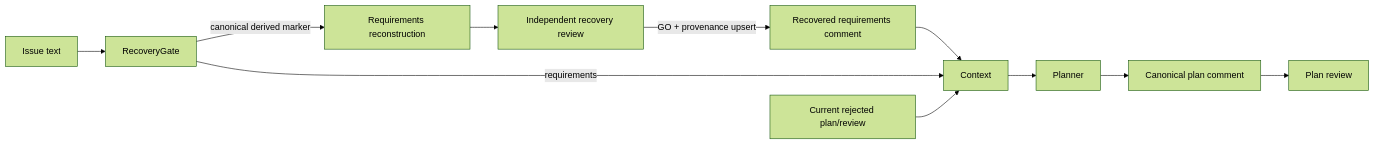
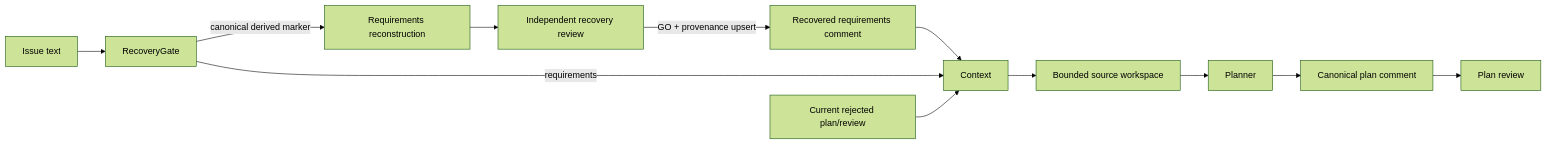
Before and after one commit to HomericIntelligence/Hephaestus: the fifth of 16 diagrams in docs/architecture.md, drawn with Mermaid (forest theme). The commit also changed other lines of this file and 8 other files, not shown here.

First line of the commit message:
fix(automation): bound source workspace preparation

````diff
--- a/docs/architecture.md
+++ b/docs/architecture.md
@@ -811,12 +811,13 @@
 ```mermaid
 flowchart LR
     Issue["Issue text"] --> RecoveryGate
     RecoveryGate -->|"canonical derived marker"| Recover["Requirements reconstruction"]
     Recover --> IndependentReview["Independent recovery review"]
     IndependentReview -->|"GO + provenance upsert"| Provenance["Recovered requirements comment"]
     Provenance --> Context
     RecoveryGate -->|"requirements"| Context
     History["Current rejected plan/review"] --> Context
-    Context --> Planner --> Canonical["Canonical plan comment"]
+    Context --> SourceWorkspace["Bounded source workspace"]
+    SourceWorkspace --> Planner --> Canonical["Canonical plan comment"]
     Canonical --> PlanReview["Plan review"]
 ```
````
